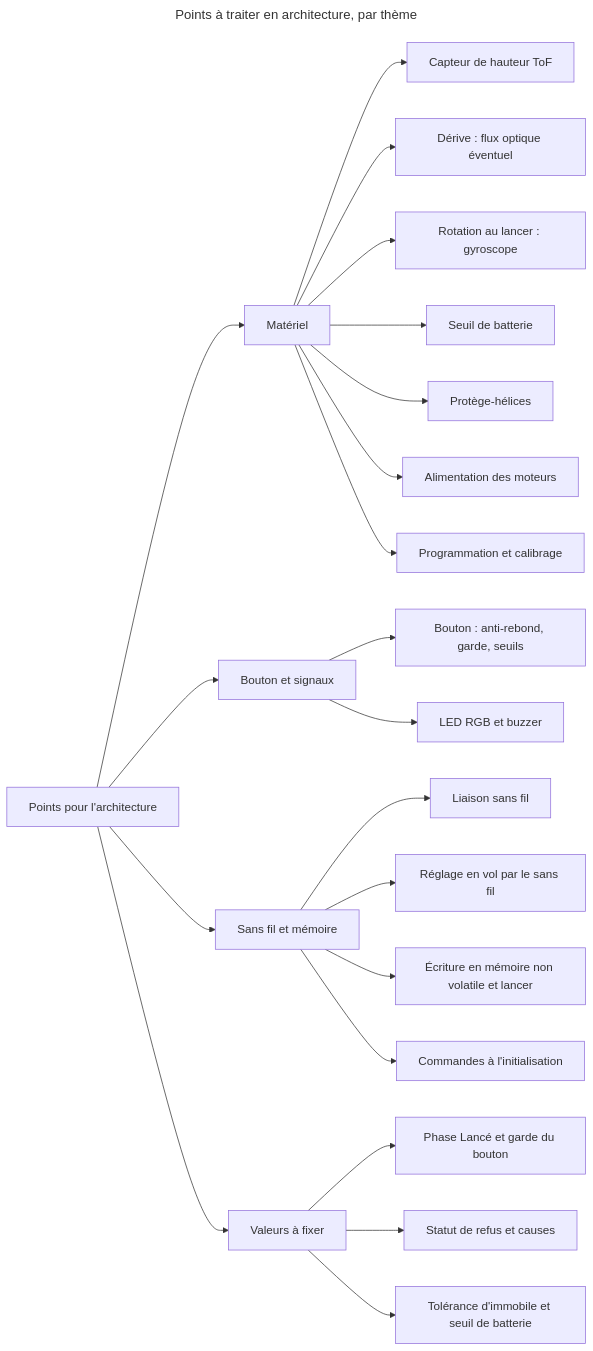
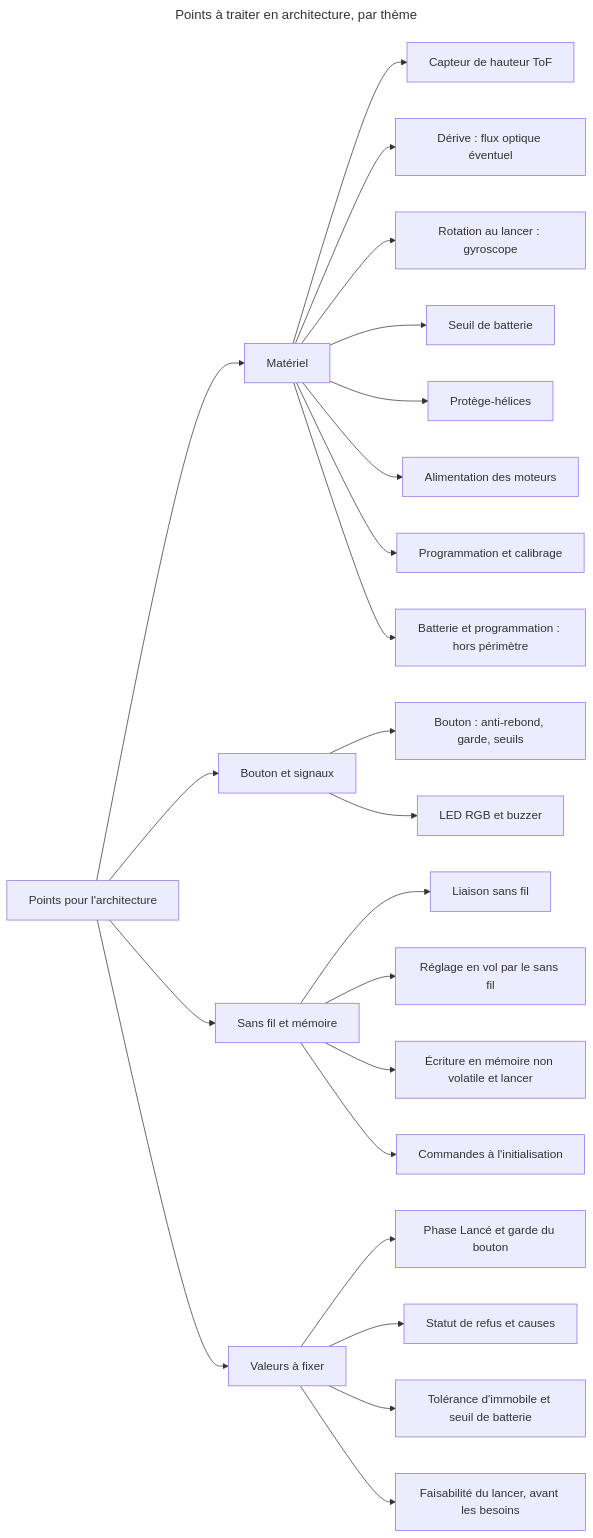
The diagram in projets/boomrone/notes-architecture.md (thourymatthieu-png/coworker_archi_system), drawn with Mermaid before and after one commit. The commit also changed other lines of this file and 5 other files, not shown here.

````diff
--- a/projets/boomrone/notes-architecture.md
+++ b/projets/boomrone/notes-architecture.md
@@ -5,26 +5,28 @@
 ```mermaid
 ---
 title: "Points à traiter en architecture, par thème"
 ---
 flowchart LR
     N["Points pour l'architecture"] --> M["Matériel"]
     N --> B["Bouton et signaux"]
     N --> S["Sans fil et mémoire"]
     N --> V["Valeurs à fixer"]
     M --> M1["Capteur de hauteur ToF"]
     M --> M2["Dérive : flux optique éventuel"]
     M --> M3["Rotation au lancer : gyroscope"]
     M --> M4["Seuil de batterie"]
     M --> M5["Protège-hélices"]
     M --> M6["Alimentation des moteurs"]
     M --> M7["Programmation et calibrage"]
+    M --> M8["Batterie et programmation : hors périmètre"]
     B --> B1["Bouton : anti-rebond, garde, seuils"]
     B --> B2["LED RGB et buzzer"]
     S --> S1["Liaison sans fil"]
     S --> S2["Réglage en vol par le sans fil"]
     S --> S3["Écriture en mémoire non volatile et lancer"]
     S --> S4["Commandes à l'initialisation"]
     V --> V1["Phase Lancé et garde du bouton"]
     V --> V2["Statut de refus et causes"]
     V --> V3["Tolérance d'immobile et seuil de batterie"]
+    V --> V4["Faisabilité du lancer, avant les besoins"]
 ```
````
